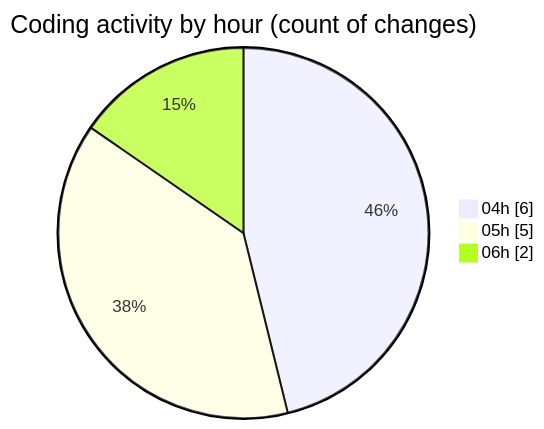
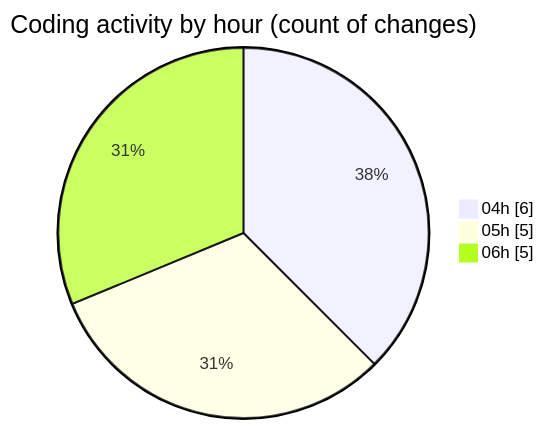
The second of 2 diagrams in 2025-03-23/zeytoon/README.md (vahidmafi/code-tracking), drawn with Mermaid before and after one commit. The commit also changed other lines of this file and 1 other file, not shown here.

````diff
--- a/2025-03-23/zeytoon/README.md
+++ b/2025-03-23/zeytoon/README.md
@@ -34,7 +35,7 @@
 ```mermaid
 pie showData
 title Coding activity by hour (count of changes)
 "04h" : 6
 "05h" : 5
-"06h" : 2
+"06h" : 5
 ```
````
